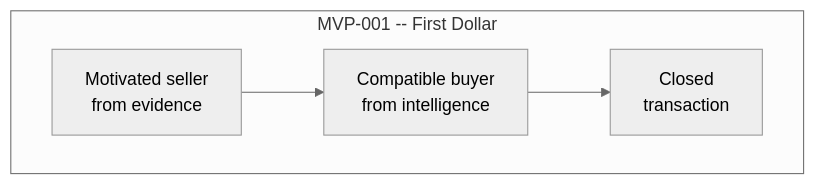
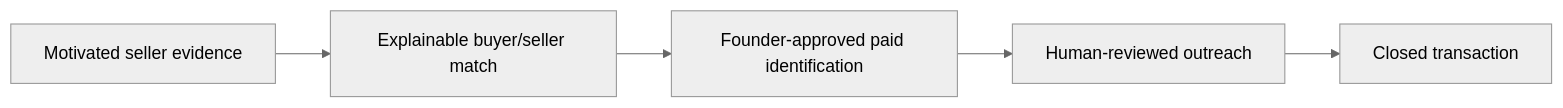
One commit to jaiaFoster/agent-info changed the second of 3 diagrams in PROJECT_PROGRESS.md. Above: the diagram before and after it, drawn with Mermaid (neutral theme). The commit also changed other lines of this file and 8 other files, not shown here.

````diff
--- a/PROJECT_PROGRESS.md
+++ b/PROJECT_PROGRESS.md
@@ -33,7 +34,7 @@
 ```mermaid
 flowchart LR
-    subgraph MVP001["MVP-001 -- First Dollar"]
-        direction LR
-        m1[Motivated seller<br/>from evidence] --> m2[Compatible buyer<br/>from intelligence] --> m3[Closed<br/>transaction]
-    end
+    S[Motivated seller evidence] --> M[Explainable buyer/seller match]
+    M --> P[Founder-approved paid identification]
+    P --> O[Human-reviewed outreach]
+    O --> C[Closed transaction]
 ```
````
